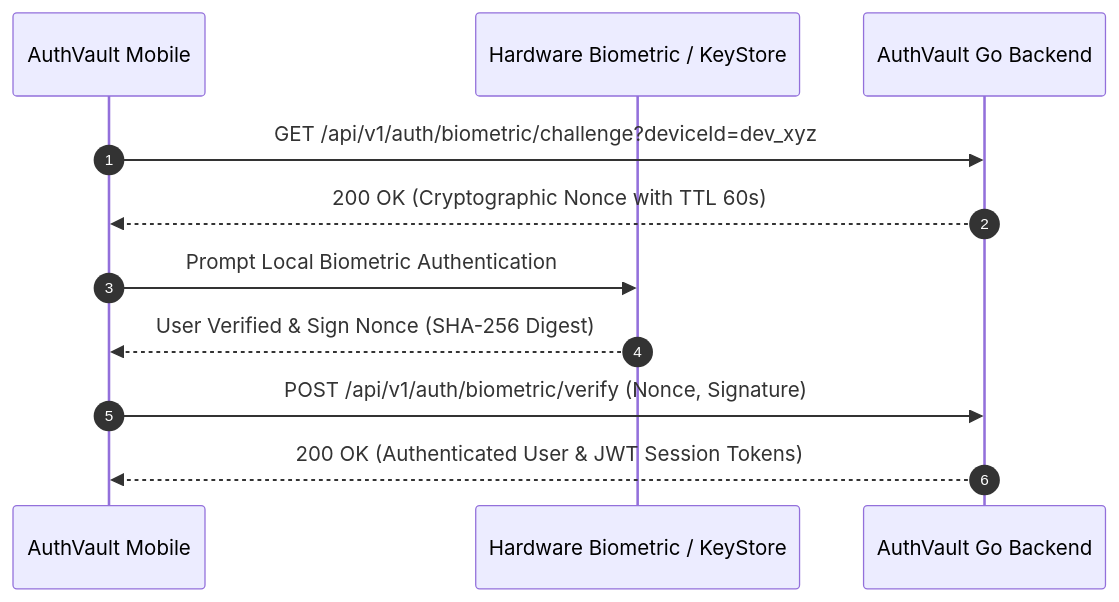
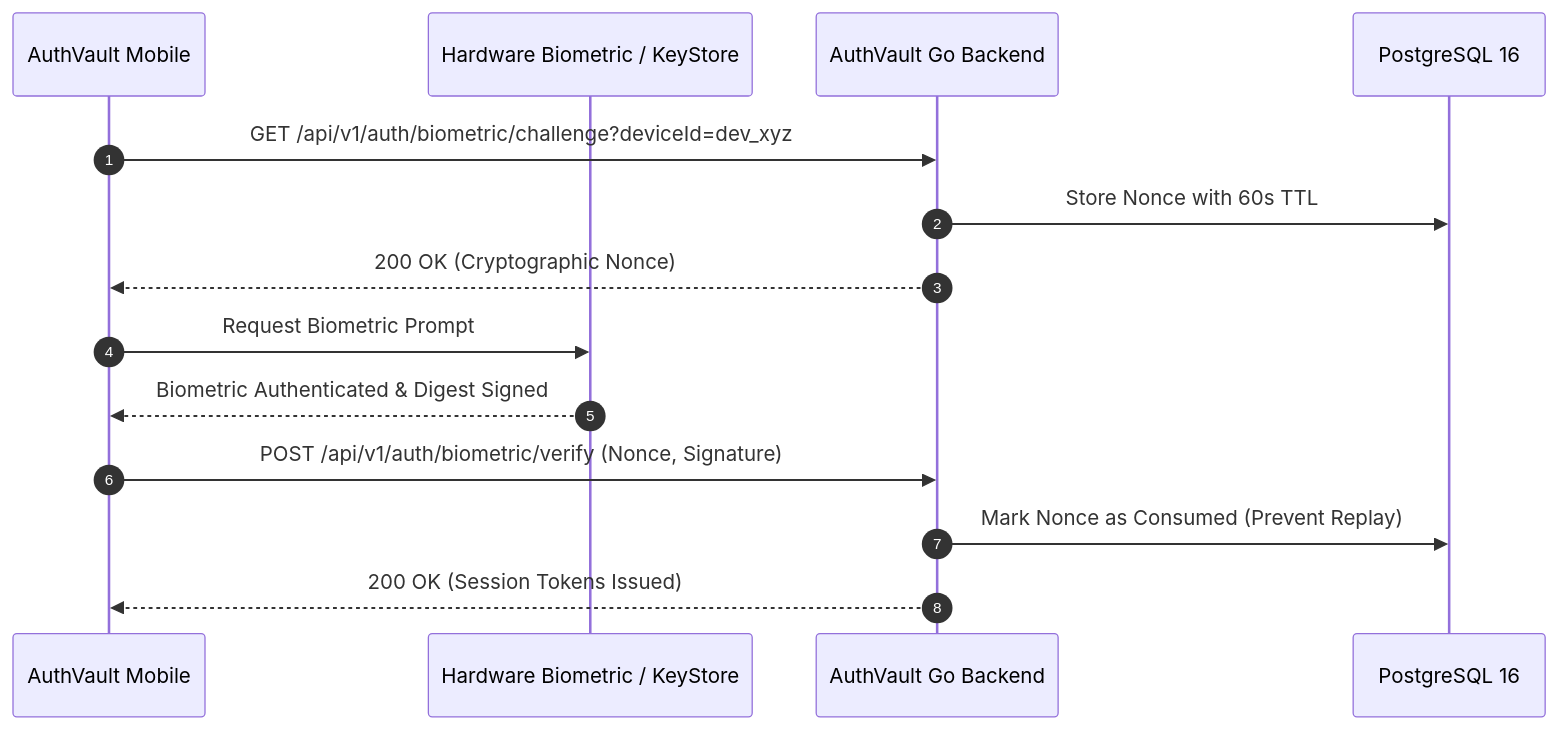
The second of 2 diagrams in README.md (Lelequyngocquy/FlutterAuthVault), drawn with Mermaid before and after one commit. The commit also changed other lines of this file and 2 other files, not shown here.

````diff
--- a/README.md
+++ b/README.md
@@ -54,14 +107,17 @@
 ```mermaid
 sequenceDiagram
     autonumber
     participant Client as AuthVault Mobile
     participant Enclave as Hardware Biometric / KeyStore
     participant Server as AuthVault Go Backend
+    participant DB as PostgreSQL 16
 
     Client->>Server: GET /api/v1/auth/biometric/challenge?deviceId=dev_xyz
-    Server-->>Client: 200 OK (Cryptographic Nonce with TTL 60s)
-    Client->>Enclave: Prompt Local Biometric Authentication
-    Enclave-->>Client: User Verified & Sign Nonce (SHA-256 Digest)
+    Server->>DB: Store Nonce with 60s TTL
+    Server-->>Client: 200 OK (Cryptographic Nonce)
+    Client->>Enclave: Request Biometric Prompt
+    Enclave-->>Client: Biometric Authenticated & Digest Signed
     Client->>Server: POST /api/v1/auth/biometric/verify (Nonce, Signature)
-    Server-->>Client: 200 OK (Authenticated User & JWT Session Tokens)
+    Server->>DB: Mark Nonce as Consumed (Prevent Replay)
+    Server-->>Client: 200 OK (Session Tokens Issued)
 ```
````
